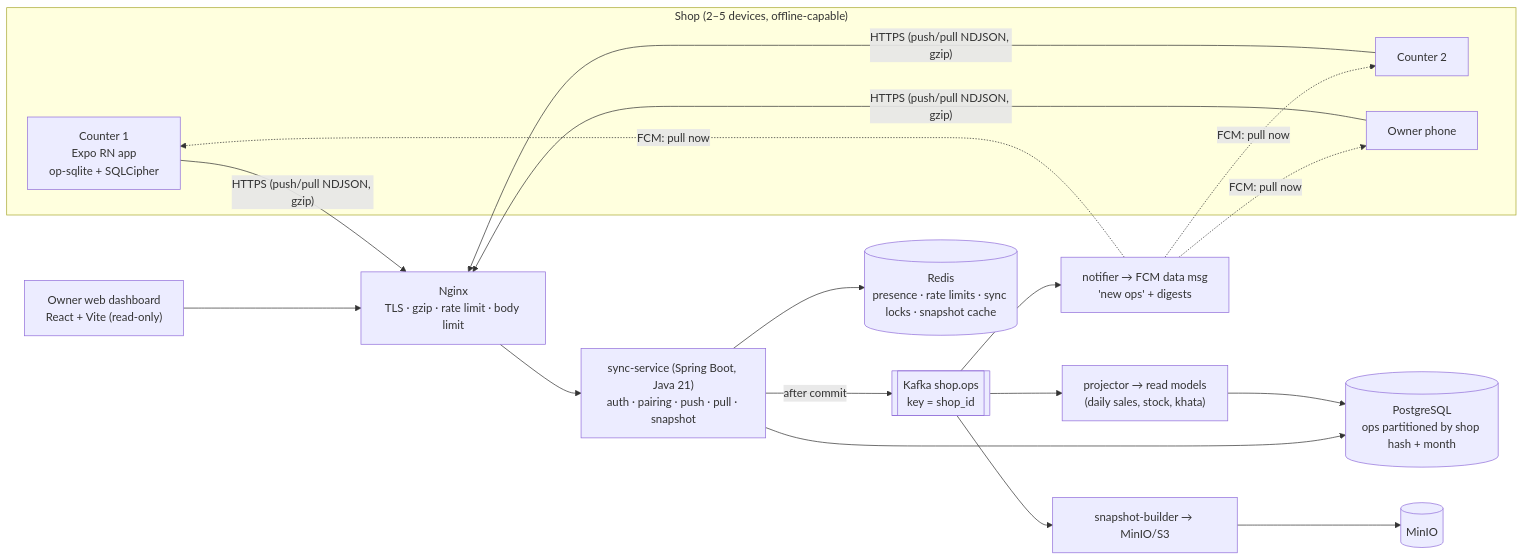
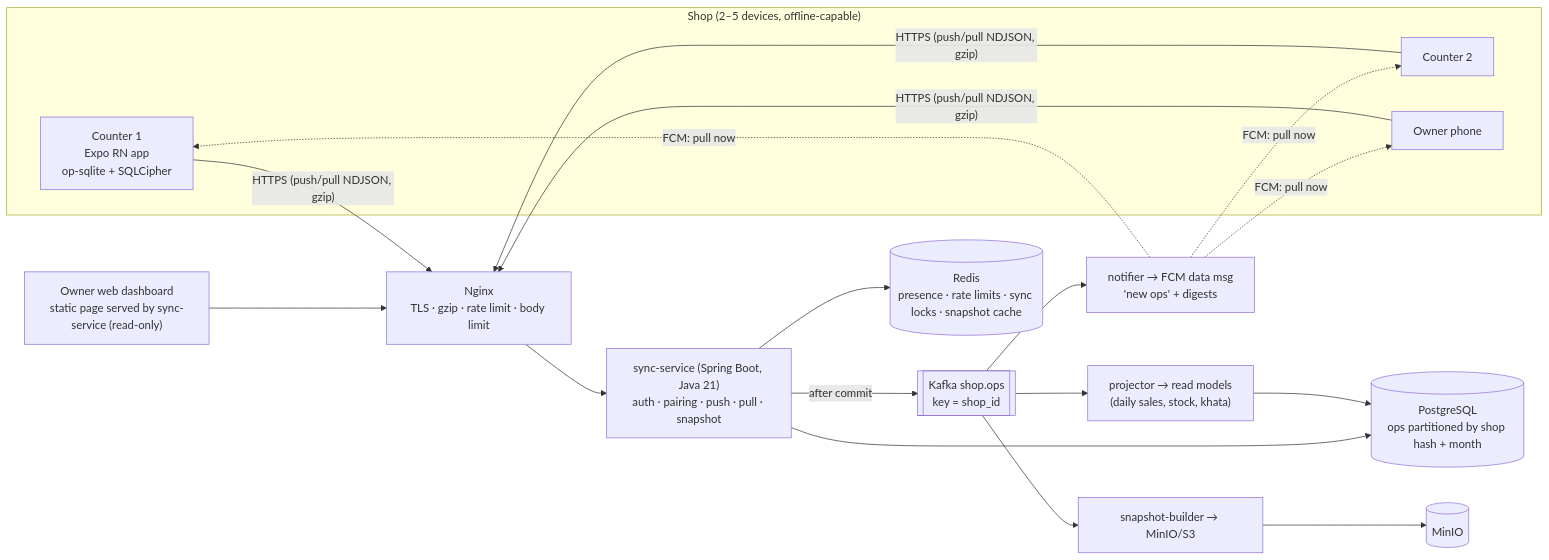
The first of 4 diagrams in docs/ARCHITECTURE.md (swayam555/dukaan), drawn with Mermaid before and after one commit. The commit also changed other lines of this file and 21 other files, not shown here.

````diff
--- a/docs/ARCHITECTURE.md
+++ b/docs/ARCHITECTURE.md
@@ -8,20 +8,20 @@
 ```mermaid
 flowchart LR
   subgraph Shop["Shop (2–5 devices, offline-capable)"]
     D1["Counter 1<br/>Expo RN app<br/>op-sqlite + SQLCipher"]
     D2["Counter 2"]
     D3["Owner phone"]
   end
   D1 & D2 & D3 -- "HTTPS (push/pull NDJSON, gzip)" --> NGX[Nginx<br/>TLS · gzip · rate limit · body limit]
   NGX --> API["sync-service (Spring Boot, Java 21)<br/>auth · pairing · push · pull · snapshot"]
   API --> PG[("PostgreSQL<br/>ops partitioned by shop hash + month")]
   API --> RDS[("Redis<br/>presence · rate limits · sync locks · snapshot cache")]
   API -- "after commit" --> K[["Kafka shop.ops<br/>key = shop_id"]]
   K --> PRJ["projector → read models<br/>(daily sales, stock, khata)"]
   K --> NTF["notifier → FCM data msg<br/>'new ops' + digests"]
   K --> SNB["snapshot-builder → MinIO/S3"]
   PRJ --> PG
   SNB --> S3[(MinIO)]
-  DASH["Owner web dashboard<br/>React + Vite (read-only)"] --> NGX
+  DASH["Owner web dashboard<br/>static page served by sync-service (read-only)"] --> NGX
   NTF -. "FCM: pull now" .-> D1 & D2 & D3
 ```
````
